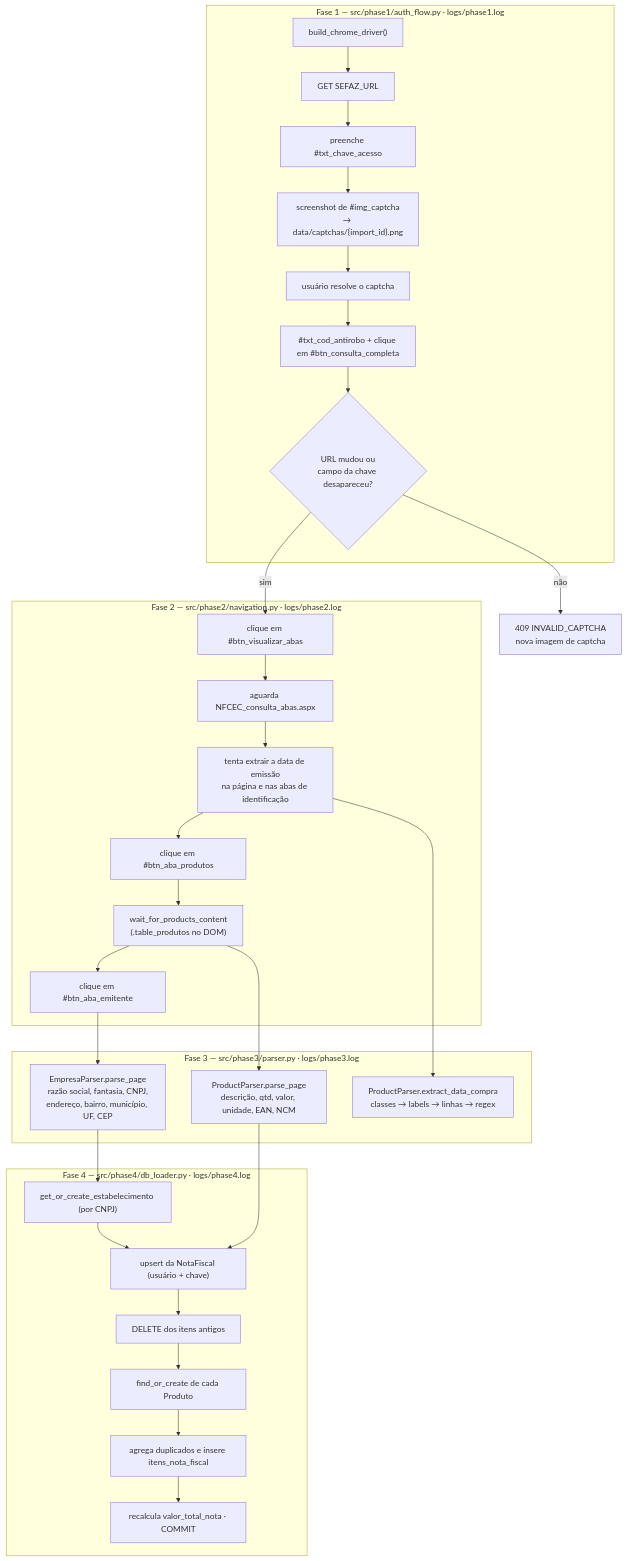
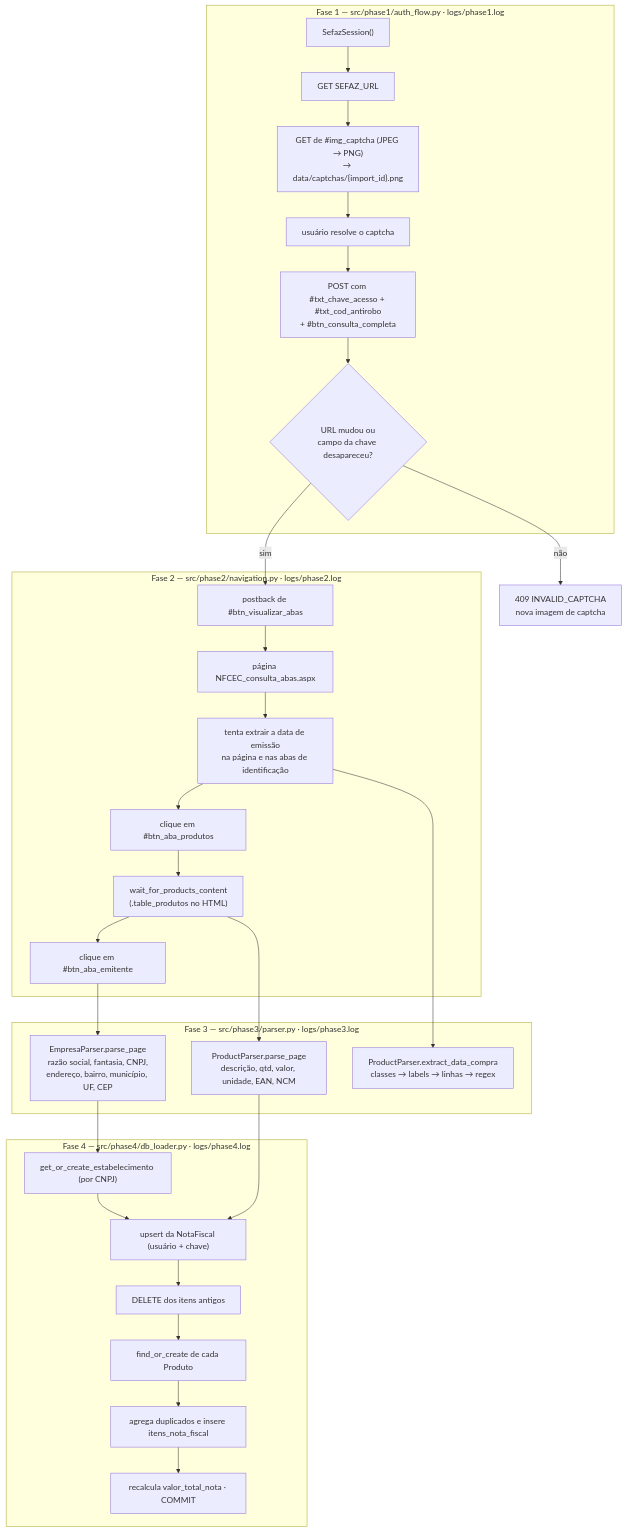
One commit to minhascomprasba/minhasCompras-BA changed the eighth of 10 diagrams in README.md. Above: the diagram before and after it, drawn with Mermaid. The commit also changed other lines of this file and 21 other files, not shown here.

````diff
--- a/README.md
+++ b/README.md
@@ -481,42 +480,41 @@
 ```mermaid
 flowchart TD
     subgraph F1["Fase 1 — src/phase1/auth_flow.py · logs/phase1.log"]
-        A1["build_chrome_driver()"] --> A2["GET SEFAZ_URL"]
-        A2 --> A3["preenche #txt_chave_acesso"]
-        A3 --> A4["screenshot de #img_captcha<br/>→ data/captchas/{import_id}.png"]
+        A1["SefazSession()"] --> A2["GET SEFAZ_URL"]
+        A2 --> A4["GET de #img_captcha (JPEG → PNG)<br/>→ data/captchas/{import_id}.png"]
         A4 --> A5["usuário resolve o captcha"]
-        A5 --> A6["#txt_cod_antirobo + clique em #btn_consulta_completa"]
+        A5 --> A6["POST com #txt_chave_acesso + #txt_cod_antirobo<br/>+ #btn_consulta_completa"]
         A6 --> A7{"URL mudou ou<br/>campo da chave desapareceu?"}
     end
 
     subgraph F2["Fase 2 — src/phase2/navigation.py · logs/phase2.log"]
-        B1["clique em #btn_visualizar_abas"] --> B2["aguarda NFCEC_consulta_abas.aspx"]
+        B1["postback de #btn_visualizar_abas"] --> B2["página NFCEC_consulta_abas.aspx"]
         B2 --> B3["tenta extrair a data de emissão<br/>na página e nas abas de identificação"]
         B3 --> B4["clique em #btn_aba_produtos"]
-        B4 --> B5["wait_for_products_content<br/>(.table_produtos no DOM)"]
+        B4 --> B5["wait_for_products_content<br/>(.table_produtos no HTML)"]
         B5 --> B6["clique em #btn_aba_emitente"]
     end
 
     subgraph F3["Fase 3 — src/phase3/parser.py · logs/phase3.log"]
         C1["ProductParser.parse_page<br/>descrição, qtd, valor, unidade, EAN, NCM"]
         C2["ProductParser.extract_data_compra<br/>classes → labels → linhas → regex"]
         C3["EmpresaParser.parse_page<br/>razão social, fantasia, CNPJ,<br/>endereço, bairro, município, UF, CEP"]
     end
 
     subgraph F4["Fase 4 — src/phase4/db_loader.py · logs/phase4.log"]
         D1["get_or_create_estabelecimento (por CNPJ)"]
         D2["upsert da NotaFiscal (usuário + chave)"]
         D3["DELETE dos itens antigos"]
         D4["find_or_create de cada Produto"]
         D5["agrega duplicados e insere itens_nota_fiscal"]
         D6["recalcula valor_total_nota · COMMIT"]
     end
 
     A7 -->|"sim"| B1
     A7 -->|"não"| X["409 INVALID_CAPTCHA<br/>nova imagem de captcha"]
     B5 --> C1
     B3 --> C2
     B6 --> C3
     C1 --> D2
     C3 --> D1 --> D2 --> D3 --> D4 --> D5 --> D6
 ```
````
